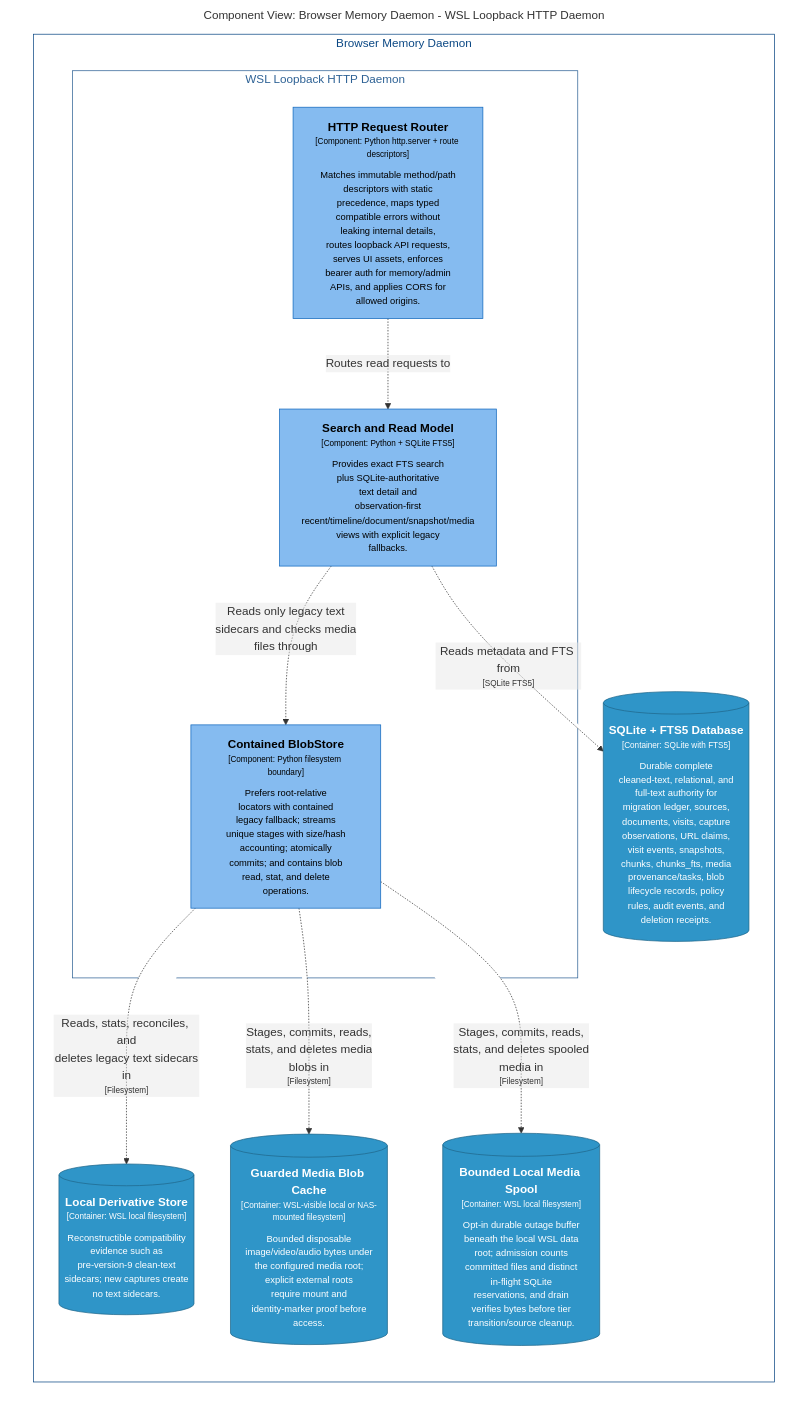
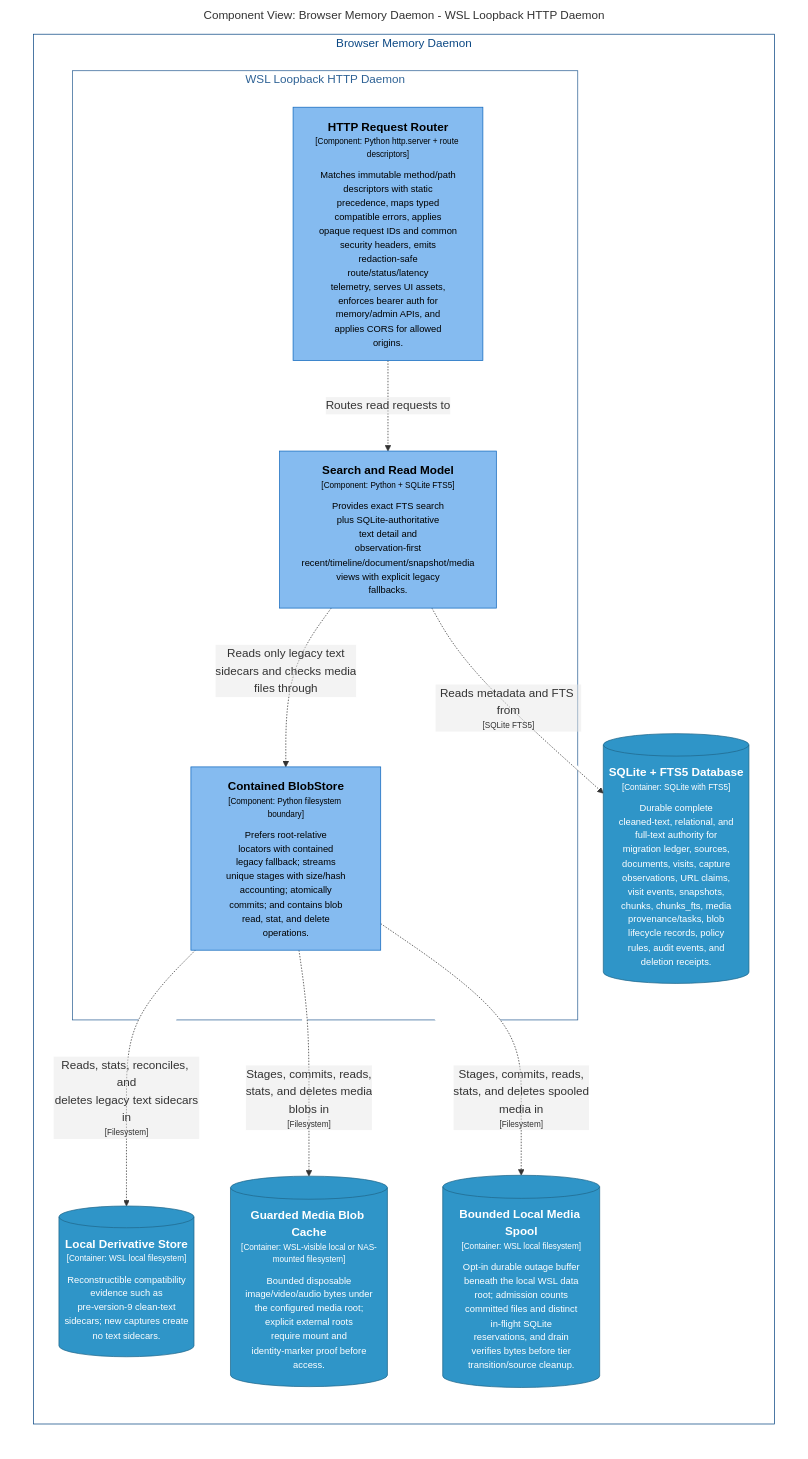
The diagram in docs/architecture/diagrams/markdown/DaemonReadComponents.md (michaelnicks0/browser-memory-daemon), drawn with Mermaid before and after one commit. The commit also changed 94 other files, not shown here.

Commit message:
feat(http): add request IDs and security headers

````diff
--- a/docs/architecture/diagrams/markdown/DaemonReadComponents.md
+++ b/docs/architecture/diagrams/markdown/DaemonReadComponents.md
@@ -16,40 +16,40 @@
 ```mermaid
 graph LR
   linkStyle default fill:#ffffff
 
   subgraph diagram ["Component View: Browser Memory Daemon - WSL Loopback HTTP Daemon"]
     style diagram fill:#ffffff,stroke:#ffffff
 
     subgraph 4 ["Browser Memory Daemon"]
       style 4 fill:#ffffff,stroke:#0b4884,color:#0b4884
 
       subgraph 22 ["WSL Loopback HTTP Daemon"]
         style 22 fill:#ffffff,stroke:#2e6295,color:#2e6295
 
-        23["<div style='font-weight: bold'>HTTP Request Router</div><div style='font-size: 70%; margin-top: 0px'>[Component: Python http.server + route descriptors]</div><div style='font-size: 80%; margin-top:10px'>Matches immutable method/path<br />descriptors with static<br />precedence, maps typed<br />compatible errors without<br />leaking internal details,<br />routes loopback API requests,<br />serves UI assets, enforces<br />bearer auth for memory/admin<br />APIs, and applies CORS for<br />allowed origins.</div>"]
+        23["<div style='font-weight: bold'>HTTP Request Router</div><div style='font-size: 70%; margin-top: 0px'>[Component: Python http.server + route descriptors]</div><div style='font-size: 80%; margin-top:10px'>Matches immutable method/path<br />descriptors with static<br />precedence, maps typed<br />compatible errors, applies<br />opaque request IDs and common<br />security headers, emits<br />redaction-safe<br />route/status/latency<br />telemetry, serves UI assets,<br />enforces bearer auth for<br />memory/admin APIs, and<br />applies CORS for allowed<br />origins.</div>"]
         style 23 fill:#85bbf0,stroke:#1168bd,color:#000000
         38["<div style='font-weight: bold'>Contained BlobStore</div><div style='font-size: 70%; margin-top: 0px'>[Component: Python filesystem boundary]</div><div style='font-size: 80%; margin-top:10px'>Prefers root-relative<br />locators with contained<br />legacy fallback; streams<br />unique stages with size/hash<br />accounting; atomically<br />commits; and contains blob<br />read, stat, and delete<br />operations.</div>"]
         style 38 fill:#85bbf0,stroke:#1168bd,color:#000000
         40["<div style='font-weight: bold'>Search and Read Model</div><div style='font-size: 70%; margin-top: 0px'>[Component: Python + SQLite FTS5]</div><div style='font-size: 80%; margin-top:10px'>Provides exact FTS search<br />plus SQLite-authoritative<br />text detail and<br />observation-first<br />recent/timeline/document/snapshot/media<br />views with explicit legacy<br />fallbacks.</div>"]
         style 40 fill:#85bbf0,stroke:#1168bd,color:#000000
       end
 
       47[("<div style='font-weight: bold'>SQLite + FTS5 Database</div><div style='font-size: 70%; margin-top: 0px'>[Container: SQLite with FTS5]</div><div style='font-size: 80%; margin-top:10px'>Durable complete<br />cleaned-text, relational, and<br />full-text authority for<br />migration ledger, sources,<br />documents, visits, capture<br />observations, URL claims,<br />visit events, snapshots,<br />chunks, chunks_fts, media<br />provenance/tasks, blob<br />lifecycle records, policy<br />rules, audit events, and<br />deletion receipts.</div>")]
       style 47 fill:#2f95c8,stroke:#20688c,color:#ffffff
       48[("<div style='font-weight: bold'>Local Derivative Store</div><div style='font-size: 70%; margin-top: 0px'>[Container: WSL local filesystem]</div><div style='font-size: 80%; margin-top:10px'>Reconstructible compatibility<br />evidence such as<br />pre-version-9 clean-text<br />sidecars; new captures create<br />no text sidecars.</div>")]
       style 48 fill:#2f95c8,stroke:#20688c,color:#ffffff
       49[("<div style='font-weight: bold'>Guarded Media Blob Cache</div><div style='font-size: 70%; margin-top: 0px'>[Container: WSL-visible local or NAS-mounted filesystem]</div><div style='font-size: 80%; margin-top:10px'>Bounded disposable<br />image/video/audio bytes under<br />the configured media root;<br />explicit external roots<br />require mount and<br />identity-marker proof before<br />access.</div>")]
       style 49 fill:#2f95c8,stroke:#20688c,color:#ffffff
       50[("<div style='font-weight: bold'>Bounded Local Media Spool</div><div style='font-size: 70%; margin-top: 0px'>[Container: WSL local filesystem]</div><div style='font-size: 80%; margin-top:10px'>Opt-in durable outage buffer<br />beneath the local WSL data<br />root; admission counts<br />committed files and distinct<br />in-flight SQLite<br />reservations, and drain<br />verifies bytes before tier<br />transition/source cleanup.</div>")]
       style 50 fill:#2f95c8,stroke:#20688c,color:#ffffff
     end
 
     23-. "<div>Routes read requests to</div><div style='font-size: 70%'></div>" .->40
     40-. "<div>Reads metadata and FTS from</div><div style='font-size: 70%'>[SQLite FTS5]</div>" .->47
     40-. "<div>Reads only legacy text<br />sidecars and checks media<br />files through</div><div style='font-size: 70%'></div>" .->38
     38-. "<div>Reads, stats, reconciles, and<br />deletes legacy text sidecars<br />in</div><div style='font-size: 70%'>[Filesystem]</div>" .->48
     38-. "<div>Stages, commits, reads,<br />stats, and deletes media<br />blobs in</div><div style='font-size: 70%'>[Filesystem]</div>" .->49
     38-. "<div>Stages, commits, reads,<br />stats, and deletes spooled<br />media in</div><div style='font-size: 70%'>[Filesystem]</div>" .->50
 
   end
 ```
````
